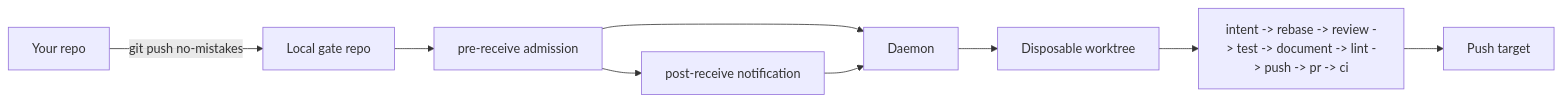
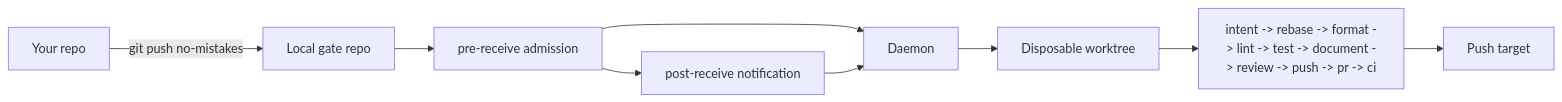
One commit to tvrmsmith/no-mistakes changed the diagram in docs/src/content/docs/start-here/introduction.md. Above: the diagram before and after it, drawn with Mermaid. The commit also changed other lines of this file and 54 other files, not shown here.

First line of the commit message:
feat(pipeline): run cheap gates before Review (#8)

````diff
--- a/docs/src/content/docs/start-here/introduction.md
+++ b/docs/src/content/docs/start-here/introduction.md
@@ -48,11 +48,11 @@
 ```mermaid
 flowchart LR
   repo["Your repo"] -->|"git push no-mistakes"| gate["Local gate repo"]
   gate --> admission["pre-receive admission"]
   admission --> hook["post-receive notification"]
   admission --> daemon["Daemon"]
   hook --> daemon
   daemon --> worktree["Disposable worktree"]
-  worktree --> pipeline["intent -> rebase -> review -> test -> document -> lint -> push -> pr -> ci"]
+  worktree --> pipeline["intent -> rebase -> format -> lint -> test -> document -> review -> push -> pr -> ci"]
   pipeline --> target["Push target"]
 ```
````
